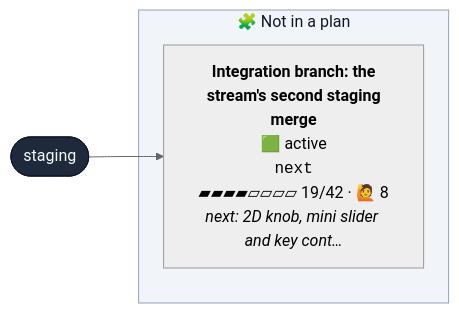
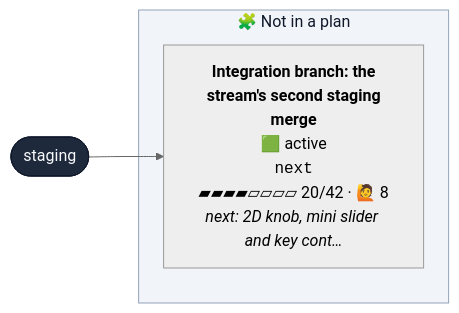
Before and after one commit to henryjonescodes/portfolio: the first of 2 diagrams in CONTRIBUTING.md, drawn with Mermaid (neutral theme). The commit also changed other lines of this file, not shown here.

````diff
--- a/CONTRIBUTING.md
+++ b/CONTRIBUTING.md
@@ -16,18 +16,18 @@
 ```mermaid
 flowchart LR
   n_staging([staging])
   class n_staging trunk
   subgraph loose["🧩 Not in a plan"]
-    n_next["<b>Integration branch: the<br/>stream's second staging<br/>merge</b><br/>🟩 active<br/><code>next</code><br/>▰▰▰▰▱▱▱▱ 19/42 · 🙋 8<br/><i>next: 2D knob, mini slider and key cont…</i>"]
+    n_next["<b>Integration branch: the<br/>stream's second staging<br/>merge</b><br/>🟩 active<br/><code>next</code><br/>▰▰▰▰▱▱▱▱ 20/42 · 🙋 8<br/><i>next: 2D knob, mini slider and key cont…</i>"]
     class n_next active,current
   end
   style loose fill:#f1f5f9,stroke:#94a3b8,color:#0f172a
   n_staging --> n_next
   classDef planned fill:#c7d2fe,stroke:#4f46e5,color:#1e1b4b
   classDef sketched fill:#f8fafc,stroke:#64748b,stroke-dasharray:4 3,color:#334155
   classDef active fill:#bbf7d0,stroke:#16a34a,stroke-width:3px,color:#052e16
   classDef review fill:#fde68a,stroke:#d97706,stroke-width:3px,color:#451a03
   classDef blocked fill:#fecaca,stroke:#dc2626,stroke-width:3px,color:#450a0a
   classDef trunk fill:#1e293b,stroke:#0f172a,color:#f8fafc
   classDef current stroke:#0ea5e9,stroke-width:5px
 ```
````
